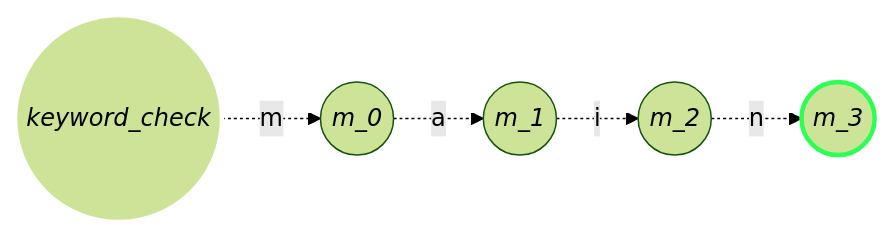
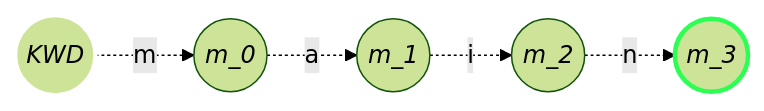
The second of 5 diagrams in README.md (felix-rojas/dfa_java), drawn with Mermaid (forest theme) before and after one commit. The commit also changed other lines of this file, not shown here.

Commit message:
done automata graphs in readme.md

````diff
--- a/README.md
+++ b/README.md
@@ -123,18 +123,18 @@
 ```mermaid
 %%{init: {"flowchart": {"curve": "cardinal"}, {"htmlLabels": false}}}%%
 
 graph LR
-    K(("`*keyword_check*`"))
+    K(("`*KWD*`"))
     M0(("`*m_0*`"))
     M1(("`*m_1*`"))
     M2(("`*m_2*`"))
     M3(("`*m_3*`"))
     
     K  -.m.-> M0
     M0 -.a.-> M1
     M1 -.i.-> M2
     M2 -.n.-> M3
     
     style K fill:#f9fff,stroke:#ffff,stroke-width:3px
     style M3 fill:#f9fff,stroke:#2DFE54,stroke-width:3px
 ```
````
